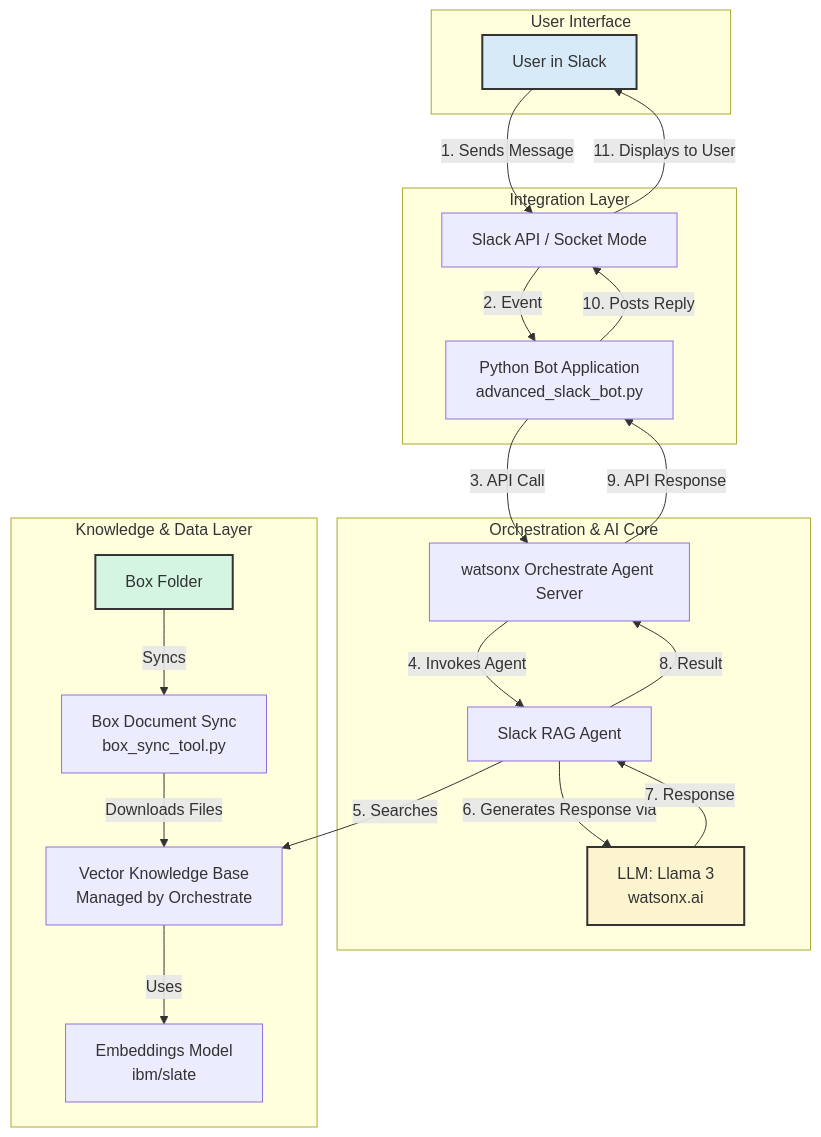
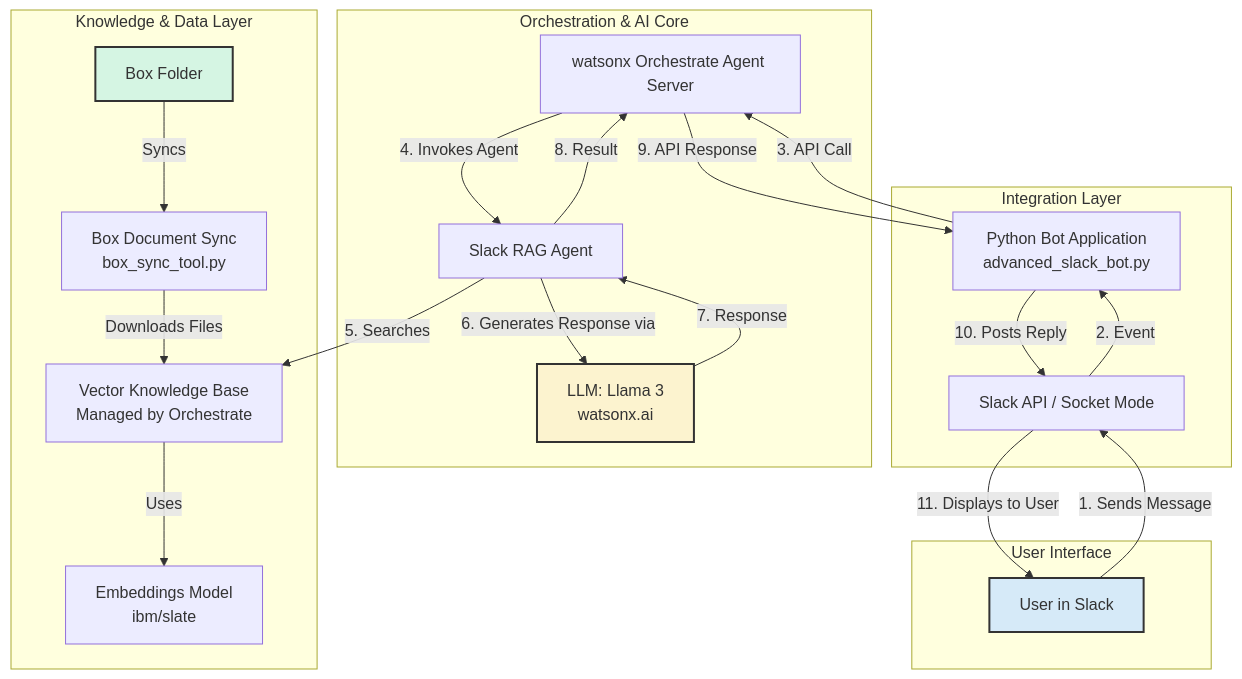
Before and after one commit to ruslanmv/rag-chatbot-watsonx-slack: the diagram in README.md, drawn with Mermaid.

````diff
--- a/README.md
+++ b/README.md
@@ -9,48 +9,49 @@
 ```mermaid
 graph TD
-    subgraph "User Interface"
-        SlackUser[User in Slack]
-    end
-
-    subgraph "Integration Layer"
-        SlackAPI[Slack API / Socket Mode]
-        SlackBotApp[Python Bot Application<br>advanced_slack_bot.py]
+    subgraph "Knowledge & Data Layer"
+        KnowledgeBase[Vector Knowledge Base<br>Managed by Orchestrate]
+        Embeddings[Embeddings Model<br>ibm/slate]
+        BoxSync[Box Document Sync<br>box_sync_tool.py]
+        BoxFolder[Box Folder]
     end
 
     subgraph "Orchestration & AI Core"
         OrchestrateServer[watsonx Orchestrate Agent Server]
         RAGAgent[Slack RAG Agent]
         LLM[LLM: Llama 3<br>watsonx.ai]
     end
 
-    subgraph "Knowledge & Data Layer"
-        KnowledgeBase[Vector Knowledge Base<br>Managed by Orchestrate]
-        Embeddings[Embeddings Model<br>ibm/slate]
-        BoxSync[Box Document Sync<br>box_sync_tool.py]
-        BoxFolder[Box Folder]
+    subgraph "Integration Layer"
+        SlackAPI[Slack API / Socket Mode]
+        SlackBotApp[Python Bot Application<br>advanced_slack_bot.py]
+    end
+
+    subgraph "User Interface"
+        SlackUser[User in Slack]
     end
 
     %% Data Flow
     SlackUser -- "1. Sends Message" --> SlackAPI
     SlackAPI -- "2. Event" --> SlackBotApp
     SlackBotApp -- "3. API Call" --> OrchestrateServer
     OrchestrateServer -- "4. Invokes Agent" --> RAGAgent
     RAGAgent -- "5. Searches" --> KnowledgeBase
     RAGAgent -- "6. Generates Response via" --> LLM
     LLM -- "7. Response" --> RAGAgent
     RAGAgent -- "8. Result" --> OrchestrateServer
     OrchestrateServer -- "9. API Response" --> SlackBotApp
     SlackBotApp -- "10. Posts Reply" --> SlackAPI
     SlackAPI -- "11. Displays to User" --> SlackUser
 
     %% Knowledge Base Population Flow
     BoxFolder -- "Syncs" --> BoxSync
     BoxSync -- "Downloads Files" --> KnowledgeBase
     KnowledgeBase -- "Uses" --> Embeddings
 
     %% Styling
     style SlackUser fill:#D6EAF8,stroke:#333,stroke-width:2px
     style BoxFolder fill:#D5F5E3,stroke:#333,stroke-width:2px
     style LLM fill:#FCF3CF,stroke:#333,stroke-width:2px
 
+
 ```
````
